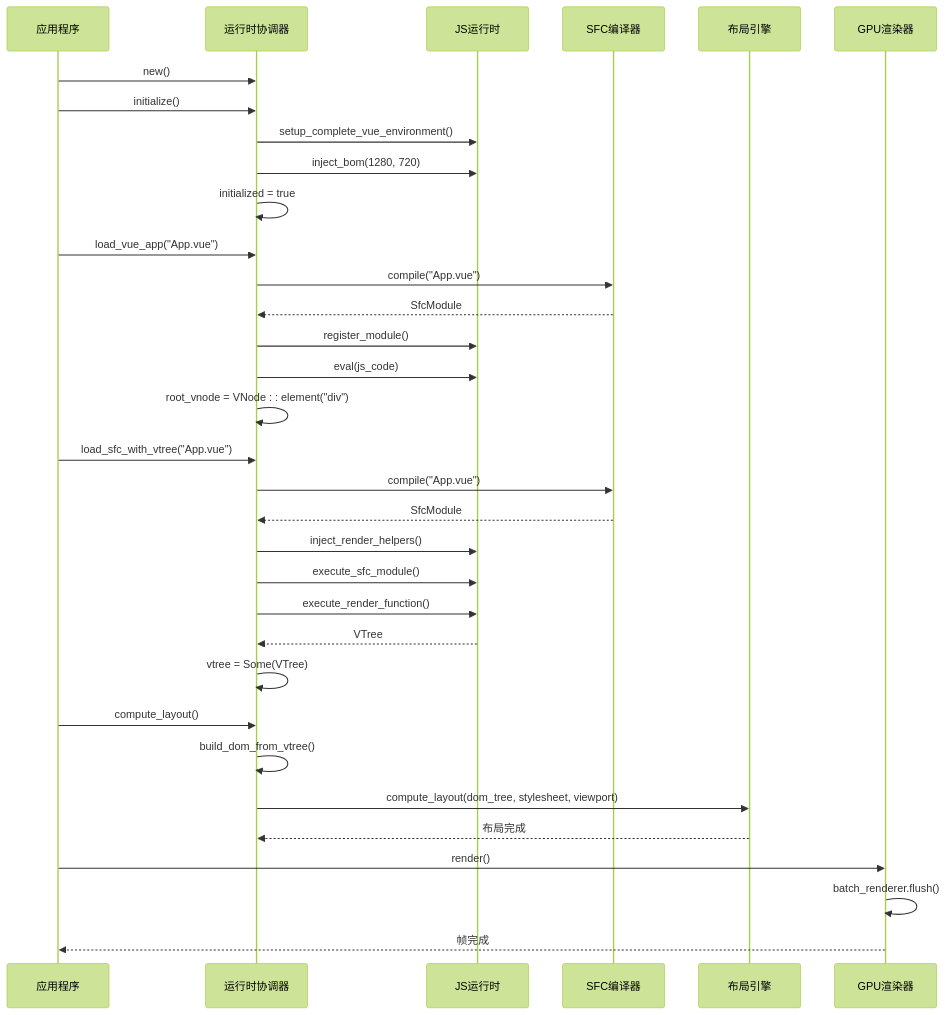
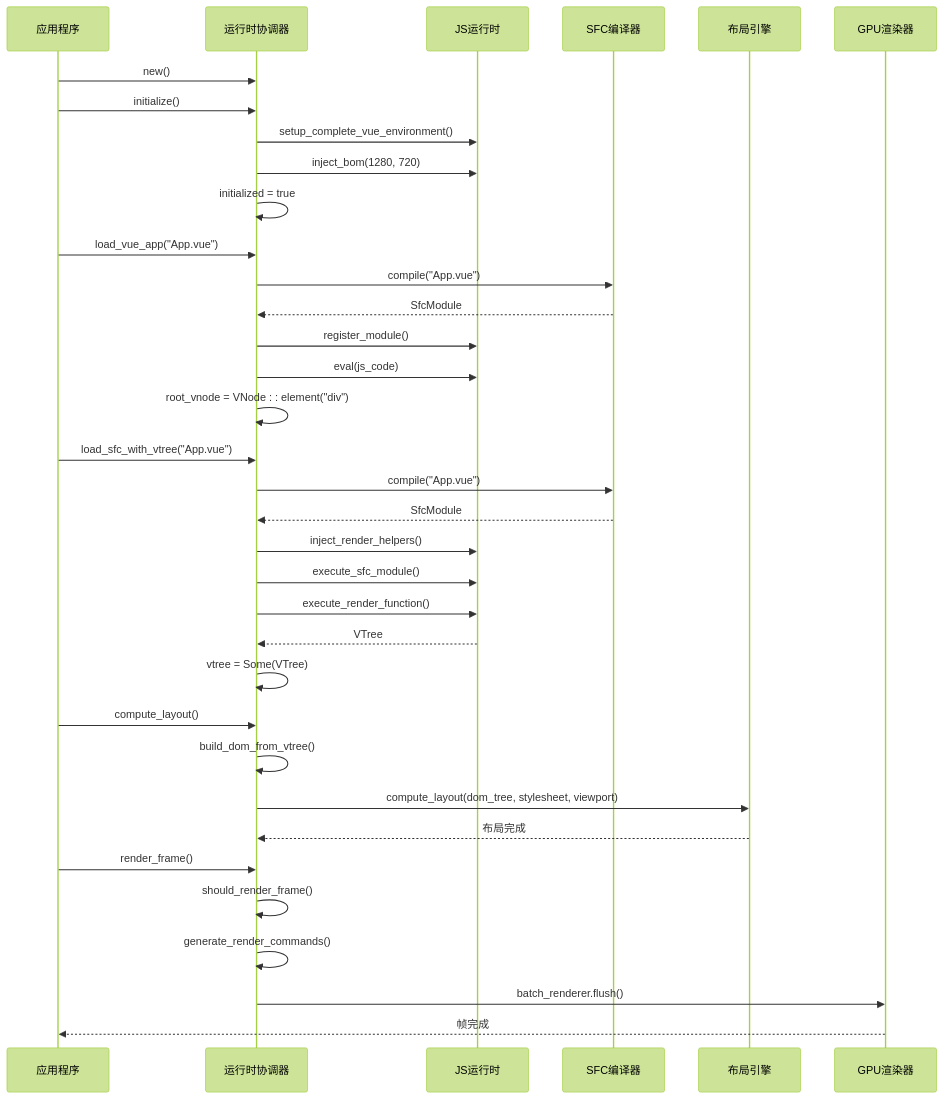
One commit to itszzl-sudo/iris changed the fifth of 14 diagrams in .qoder/repowiki/zh/content/技术架构详解/整体架构设计/Iris运行时协调器.md. Above: the diagram before and after it, drawn with Mermaid (forest theme). The commit also changed other lines of this file and 6 other files, not shown here.

````diff
--- a/.qoder/repowiki/zh/content/技术架构详解/整体架构设计/Iris运行时协调器.md
+++ b/.qoder/repowiki/zh/content/技术架构详解/整体架构设计/Iris运行时协调器.md
@@ -308,35 +320,37 @@
 ```mermaid
 sequenceDiagram
 participant APP as 应用程序
 participant ORCH as 运行时协调器
 participant JS as JS运行时
 participant SFC as SFC编译器
 participant LAYOUT as 布局引擎
 participant GPU as GPU渲染器
 APP->>ORCH : new()
 APP->>ORCH : initialize()
 ORCH->>JS : setup_complete_vue_environment()
 ORCH->>JS : inject_bom(1280, 720)
 ORCH->>ORCH : initialized = true
 APP->>ORCH : load_vue_app("App.vue")
 ORCH->>SFC : compile("App.vue")
 SFC-->>ORCH : SfcModule
 ORCH->>JS : register_module()
 ORCH->>JS : eval(js_code)
 ORCH->>ORCH : root_vnode = VNode : : element("div")
 APP->>ORCH : load_sfc_with_vtree("App.vue")
 ORCH->>SFC : compile("App.vue")
 SFC-->>ORCH : SfcModule
 ORCH->>JS : inject_render_helpers()
 ORCH->>JS : execute_sfc_module()
 ORCH->>JS : execute_render_function()
 JS-->>ORCH : VTree
 ORCH->>ORCH : vtree = Some(VTree)
 APP->>ORCH : compute_layout()
 ORCH->>ORCH : build_dom_from_vtree()
 ORCH->>LAYOUT : compute_layout(dom_tree, stylesheet, viewport)
 LAYOUT-->>ORCH : 布局完成
-APP->>GPU : render()
-GPU->>GPU : batch_renderer.flush()
+APP->>ORCH : render_frame()
+ORCH->>ORCH : should_render_frame()
+ORCH->>ORCH : generate_render_commands()
+ORCH->>GPU : batch_renderer.flush()
 GPU-->>APP : 帧完成
 ```
````
